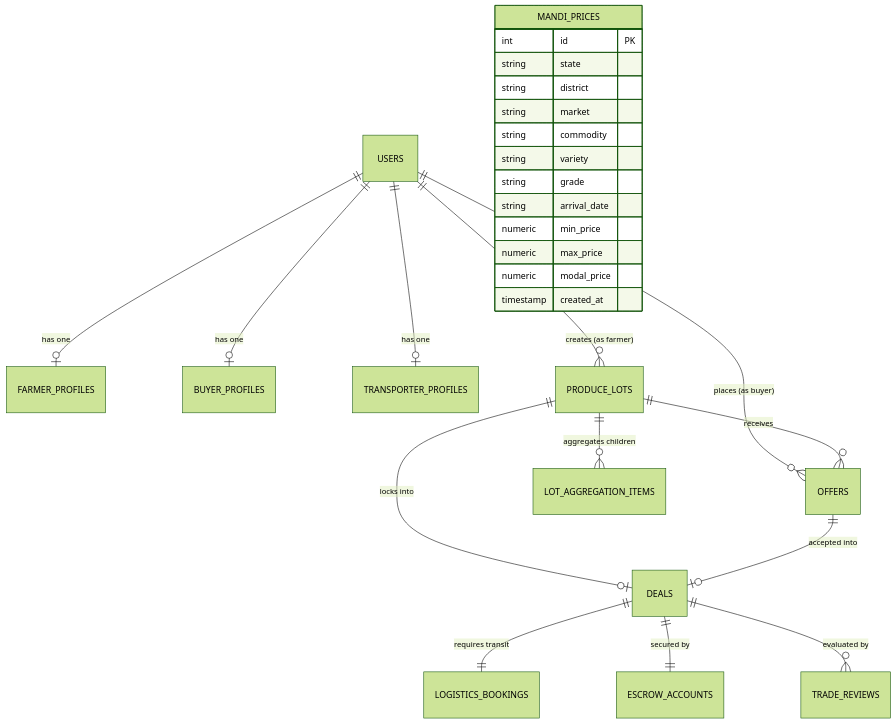
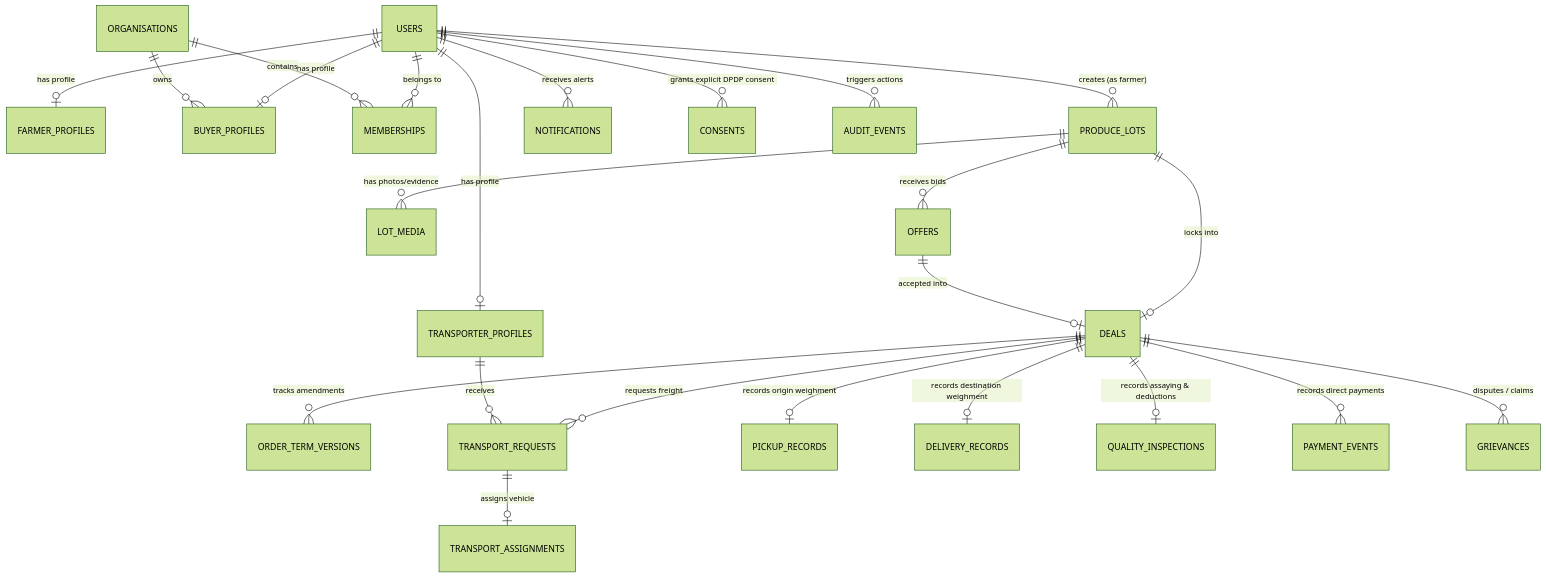
One commit to teamasiacore/AgriMandi changed the diagram in brain/BACKEND_SCHEMA_AND_ARCHITECTURE.md. Above: the diagram before and after it, drawn with Mermaid (forest theme). The commit also changed other lines of this file and 5 other files, not shown here.

Commit message:
feat(db): reconcile canonical database schema, Prisma models, and audit events (AG-004)

````diff
--- a/brain/BACKEND_SCHEMA_AND_ARCHITECTURE.md
+++ b/brain/BACKEND_SCHEMA_AND_ARCHITECTURE.md
@@ -12,33 +13,31 @@
 ```mermaid
 erDiagram
-    USERS ||--o| FARMER_PROFILES : "has one"
-    USERS ||--o| BUYER_PROFILES : "has one"
-    USERS ||--o| TRANSPORTER_PROFILES : "has one"
+    USERS ||--o| FARMER_PROFILES : "has profile"
+    USERS ||--o| BUYER_PROFILES : "has profile"
+    USERS ||--o| TRANSPORTER_PROFILES : "has profile"
+    USERS ||--o{ MEMBERSHIPS : "belongs to"
+    ORGANISATIONS ||--o{ MEMBERSHIPS : "contains"
+    ORGANISATIONS ||--o{ BUYER_PROFILES : "owns"
+    
     USERS ||--o{ PRODUCE_LOTS : "creates (as farmer)"
-    USERS ||--o{ OFFERS : "places (as buyer)"
-    
-    PRODUCE_LOTS ||--o{ OFFERS : "receives"
+    PRODUCE_LOTS ||--o{ LOT_MEDIA : "has photos/evidence"
+    PRODUCE_LOTS ||--o{ OFFERS : "receives bids"
     PRODUCE_LOTS ||--o| DEALS : "locks into"
-    PRODUCE_LOTS ||--o{ LOT_AGGREGATION_ITEMS : "aggregates children"
     
     OFFERS ||--o| DEALS : "accepted into"
     
-    DEALS ||--|| LOGISTICS_BOOKINGS : "requires transit"
-    DEALS ||--|| ESCROW_ACCOUNTS : "secured by"
-    DEALS ||--o{ TRADE_REVIEWS : "evaluated by"
+    DEALS ||--o{ ORDER_TERM_VERSIONS : "tracks amendments"
+    DEALS ||--o{ TRANSPORT_REQUESTS : "requests freight"
+    TRANSPORT_REQUESTS ||--o| TRANSPORT_ASSIGNMENTS : "assigns vehicle"
+    TRANSPORTER_PROFILES ||--o{ TRANSPORT_REQUESTS : "receives"
     
-    MANDI_PRICES {
-        int id PK
-        string state
-        string district
-        string market
-        string commodity
-        string variety
-        string grade
-        string arrival_date
-        numeric min_price
-        numeric max_price
-        numeric modal_price
-        timestamp created_at
-    }
+    DEALS ||--o| PICKUP_RECORDS : "records origin weighment"
+    DEALS ||--o| DELIVERY_RECORDS : "records destination weighment"
+    DEALS ||--o| QUALITY_INSPECTIONS : "records assaying & deductions"
+    DEALS ||--o{ PAYMENT_EVENTS : "records direct payments"
+    DEALS ||--o{ GRIEVANCES : "disputes / claims"
+    
+    USERS ||--o{ NOTIFICATIONS : "receives alerts"
+    USERS ||--o{ CONSENTS : "grants explicit DPDP consent"
+    USERS ||--o{ AUDIT_EVENTS : "triggers actions"
 ```
````
